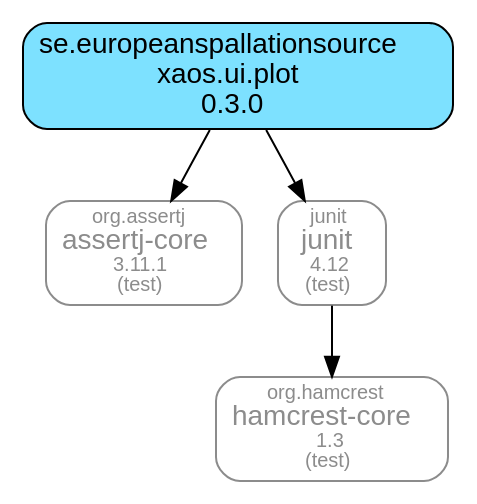
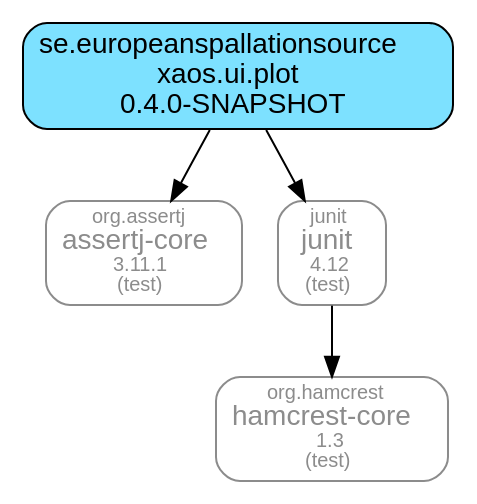
The diagram in xaos.ui.plot.module/doc/maven-dependencies.dot (ESSICS/XAOS), drawn with Graphviz before and after one commit. The commit also changed 15 other files, not shown here.

```diff
--- a/xaos.ui.plot.module/doc/maven-dependencies.dot
+++ b/xaos.ui.plot.module/doc/maven-dependencies.dot
@@ -1,15 +1,15 @@
 digraph "xaos.ui.plot" {
   node [shape="box",style="rounded",fontname="Helvetica",fontsize="14"]
   edge [fontsize="10",fontname="Helvetica"]
 
   // Node Definitions:
-  "se.europeanspallationsource:xaos.ui.plot:jar"[shape="box",style="rounded, filled",fillcolor="#7DE1FF",label=<se.europeanspallationsource<br/>xaos.ui.plot<br/>0.3.0>]
+  "se.europeanspallationsource:xaos.ui.plot:jar"[shape="box",style="rounded, filled",fillcolor="#7DE1FF",label=<se.europeanspallationsource<br/>xaos.ui.plot<br/>0.4.0-SNAPSHOT>]
   "org.assertj:assertj-core:jar"[shape="box",style="rounded",color="grey55",fontname="Helvetica",fontsize="14",fontcolor="grey55",label=<<font color="grey55" point-size="10">org.assertj</font><br/>assertj-core<font color="grey55" point-size="10"><br/>3.11.1</font><font color="grey55" point-size="10"><br/>(test)</font>>]
   "junit:junit:jar"[shape="box",style="rounded",color="grey55",fontname="Helvetica",fontsize="14",fontcolor="grey55",label=<<font color="grey55" point-size="10">junit</font><br/>junit<font color="grey55" point-size="10"><br/>4.12</font><font color="grey55" point-size="10"><br/>(test)</font>>]
   "org.hamcrest:hamcrest-core:jar"[shape="box",style="rounded",color="grey55",fontname="Helvetica",fontsize="14",fontcolor="grey55",label=<<font color="grey55" point-size="10">org.hamcrest</font><br/>hamcrest-core<font color="grey55" point-size="10"><br/>1.3</font><font color="grey55" point-size="10"><br/>(test)</font>>]
 
   // Edge Definitions:
   "se.europeanspallationsource:xaos.ui.plot:jar" -> "org.assertj:assertj-core:jar"
   "junit:junit:jar" -> "org.hamcrest:hamcrest-core:jar"
   "se.europeanspallationsource:xaos.ui.plot:jar" -> "junit:junit:jar"
 }
```
